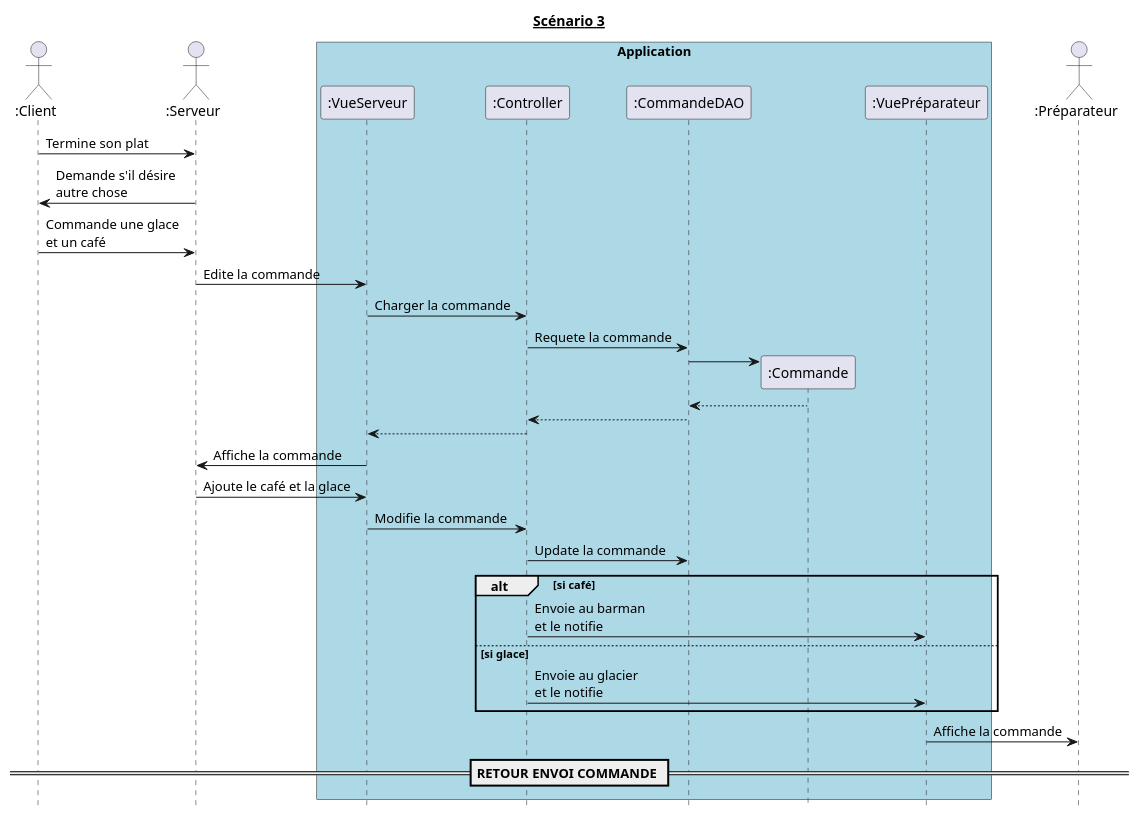
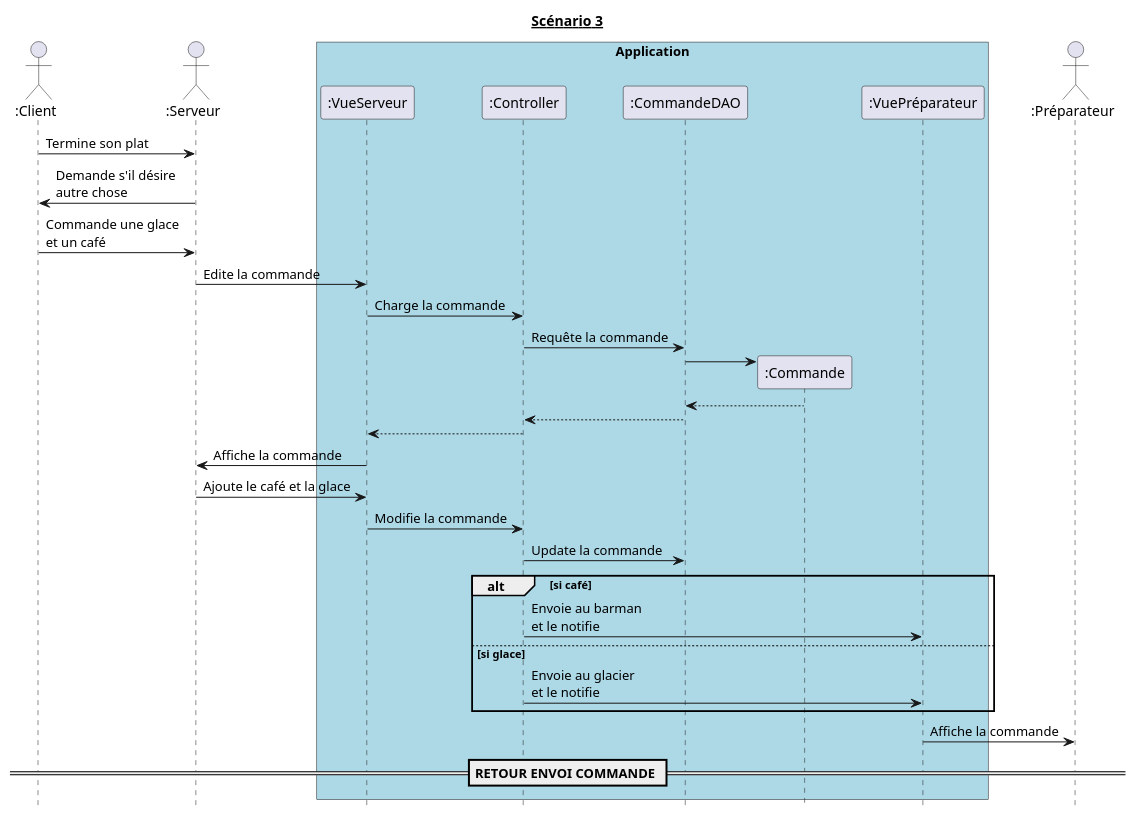
One commit to hulskenA/GL-Les_seigneurs_du_resto changed the diagram in diagrammes_sequences_detailles/dss3.md. Above: the diagram before and after it, drawn with PlantUML.

````diff
--- a/diagrammes_sequences_detailles/dss3.md
+++ b/diagrammes_sequences_detailles/dss3.md
@@ -1,49 +1,49 @@
 ```puml
 @startuml
 hide footbox
 title __Scénario 3__
 
 
 actor ":Client" as client order 10
 actor ":Serveur" as serveur order 20
 actor ":Préparateur" as preparateur order 80
 
 box "Application" #Lightblue
     participant ":VueServeur" as VueServeur order 30
     participant ":Controller" as Controller order 40
     participant ":CommandeDAO" as CommandeDAO order 50
     participant ":Commande" as Commande order 60
     participant ":VuePréparateur" as VuePréparateur order 70
 endbox
 
 client -> serveur : Termine son plat
 client <- serveur : Demande s'il désire\nautre chose
 client -> serveur : Commande une glace\net un café
 
 serveur -> VueServeur : Edite la commande
-VueServeur -> Controller : Charger la commande
-Controller -> CommandeDAO : Requete la commande
+VueServeur -> Controller : Charge la commande
+Controller -> CommandeDAO : Requête la commande
 create Commande
 CommandeDAO -> Commande
 
 CommandeDAO <-- Commande
 Controller <-- CommandeDAO
 VueServeur <-- Controller
 serveur <- VueServeur : Affiche la commande
 
 serveur -> VueServeur : Ajoute le café et la glace
 VueServeur -> Controller : Modifie la commande
 Controller -> CommandeDAO : Update la commande
 
 alt si café
     Controller -> VuePréparateur : Envoie au barman\net le notifie
 else si glace
     Controller -> VuePréparateur : Envoie au glacier\net le notifie
 end
 
 VuePréparateur -> preparateur : Affiche la commande
 
 == RETOUR ENVOI COMMANDE ==
 
 @enduml
 ```
````
